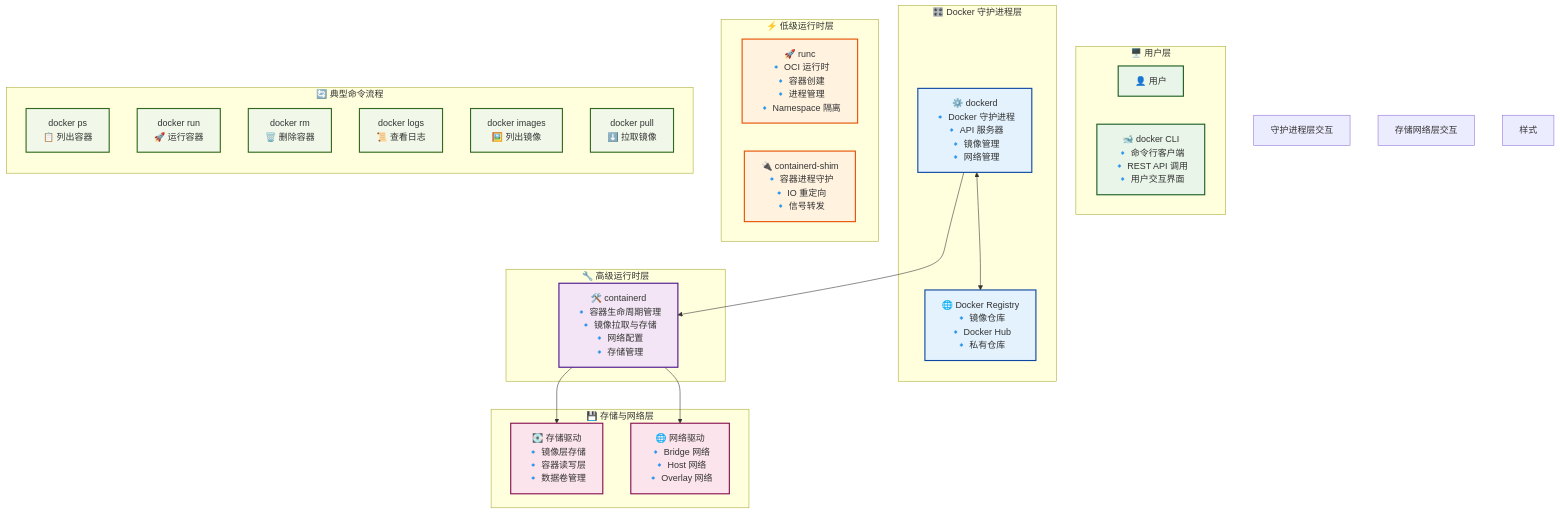
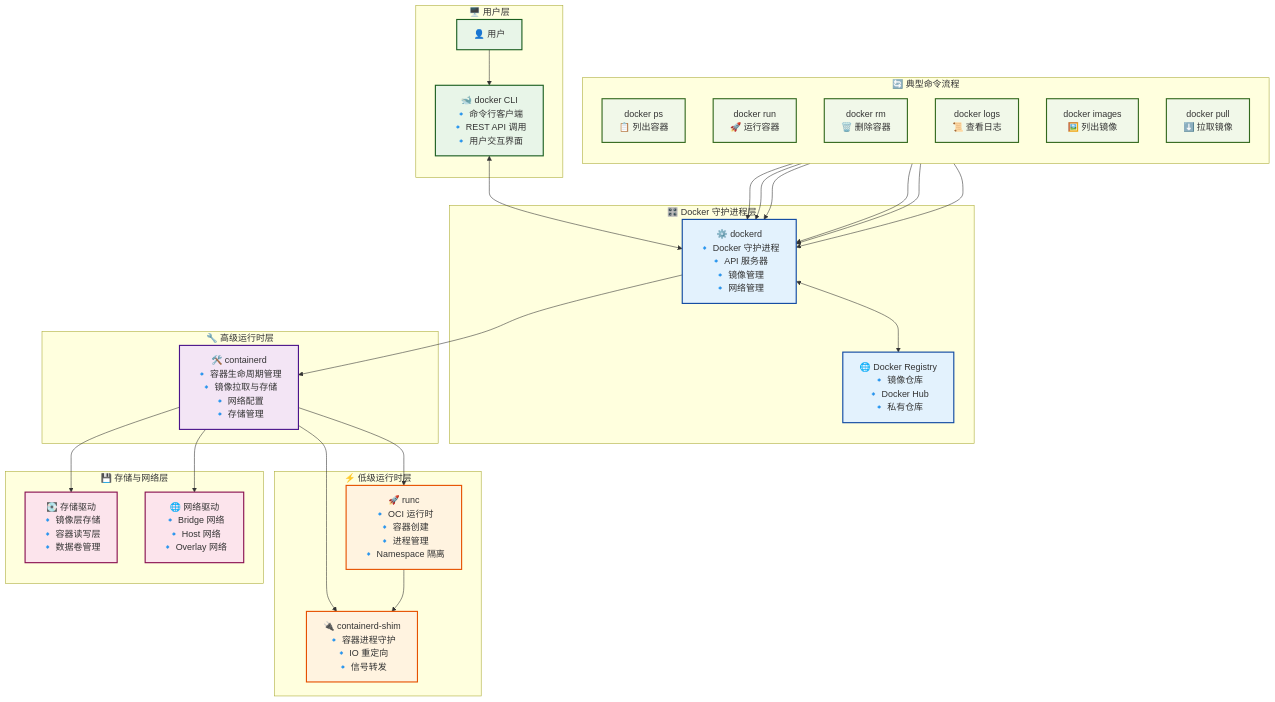
Before and after one commit to oldwinter/dg3: the first of 2 diagrams in content/Sources/AIGC/docker 命令执行流程图.md, drawn with Mermaid. The commit also changed other lines of this file and 12 other files, not shown here.

````diff
--- a/content/Sources/AIGC/docker 命令执行流程图.md
+++ b/content/Sources/AIGC/docker 命令执行流程图.md
@@ -30,59 +21,76 @@
 ```mermaid
 graph TB
     subgraph "🖥️ 用户层"
         U[👤 用户]
         docker[🐋 docker CLI<br/>🔹 命令行客户端<br/>🔹 REST API 调用<br/>🔹 用户交互界面]
     end
     
     subgraph "🎛️ Docker 守护进程层"
         dockerd[⚙️ dockerd<br/>🔹 Docker 守护进程<br/>🔹 API 服务器<br/>🔹 镜像管理<br/>🔹 网络管理]
         registry[🌐 Docker Registry<br/>🔹 镜像仓库<br/>🔹 Docker Hub<br/>🔹 私有仓库]
     end
     
     subgraph "🔧 高级运行时层"
         containerd[🛠️ containerd<br/>🔹 容器生命周期管理<br/>🔹 镜像拉取与存储<br/>🔹 网络配置<br/>🔹 存储管理]
     end
     
     subgraph "⚡ 低级运行时层"
         runc[🚀 runc<br/>🔹 OCI 运行时<br/>🔹 容器创建<br/>🔹 进程管理<br/>🔹 Namespace 隔离]
         shim[🔌 containerd-shim<br/>🔹 容器进程守护<br/>🔹 IO 重定向<br/>🔹 信号转发]
     end
     
     subgraph "💾 存储与网络层"
         storage[💽 存储驱动<br/>🔹 镜像层存储<br/>🔹 容器读写层<br/>🔹 数据卷管理]
         network[🌐 网络驱动<br/>🔹 Bridge 网络<br/>🔹 Host 网络<br/>🔹 Overlay 网络]
     end
     
     subgraph "🔄 典型命令流程"
         direction TB
         PS["docker ps<br/>📋 列出容器"]
         RUN["docker run<br/>🚀 运行容器"]
         RM["docker rm<br/>🗑️ 删除容器"]
         LOGS["docker logs<br/>📜 查看日志"]
         IMAGES["docker images<br/>🖼️ 列出镜像"]
         PULL["docker pull<br/>⬇️ 拉取镜像"]
     end
     
-     守护进程层交互
+    %% 用户交互
+    U --> docker
+    docker <--> dockerd
+    
+    %% 守护进程层交互
     dockerd <--> registry
     dockerd --> containerd
     
-     存储网络层交互
+    %% 运行时层交互
+    containerd --> runc
+    containerd --> shim
+    runc --> shim
+    
+    %% 存储网络层交互
     containerd --> storage
     containerd --> network
     
-     样式
+    %% 命令流程
+    PS --> dockerd
+    RUN --> dockerd
+    RM --> dockerd
+    LOGS --> dockerd
+    IMAGES --> dockerd
+    PULL --> dockerd
+    
+    %% 样式
     classDef userLayer fill:#e8f5e8,stroke:#1b5e20,stroke-width:2px
     classDef daemonLayer fill:#e3f2fd,stroke:#0d47a1,stroke-width:2px
     classDef highRuntime fill:#f3e5f5,stroke:#4a148c,stroke-width:2px
     classDef lowRuntime fill:#fff3e0,stroke:#e65100,stroke-width:2px
     classDef infrastructure fill:#fce4ec,stroke:#880e4f,stroke-width:2px
     classDef commandFlow fill:#f1f8e9,stroke:#33691e,stroke-width:2px
     
     class U,docker userLayer
     class dockerd,registry daemonLayer
     class containerd highRuntime
     class runc,shim lowRuntime
     class storage,network infrastructure
     class PS,RUN,RM,LOGS,IMAGES,PULL commandFlow
 ```
````
